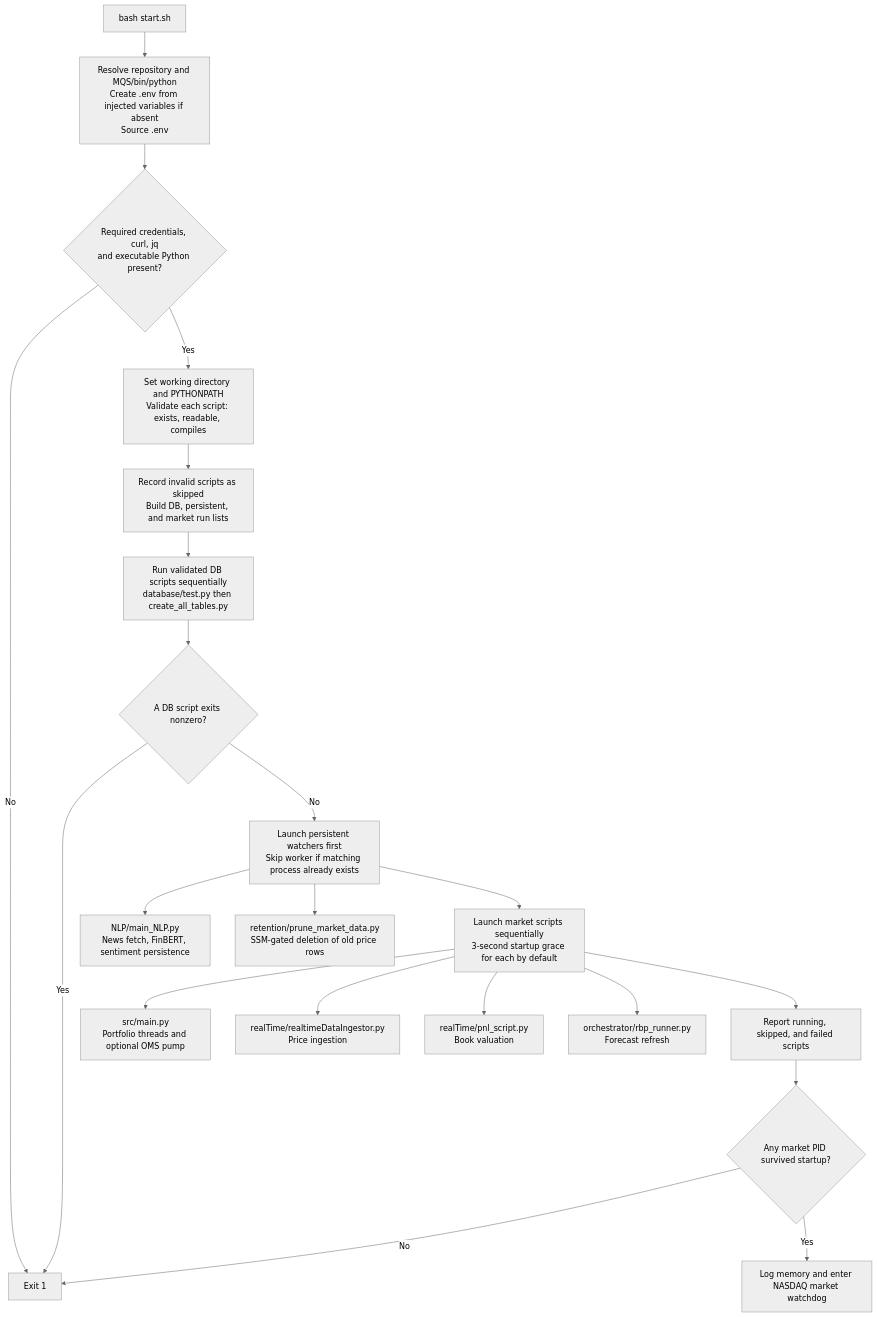
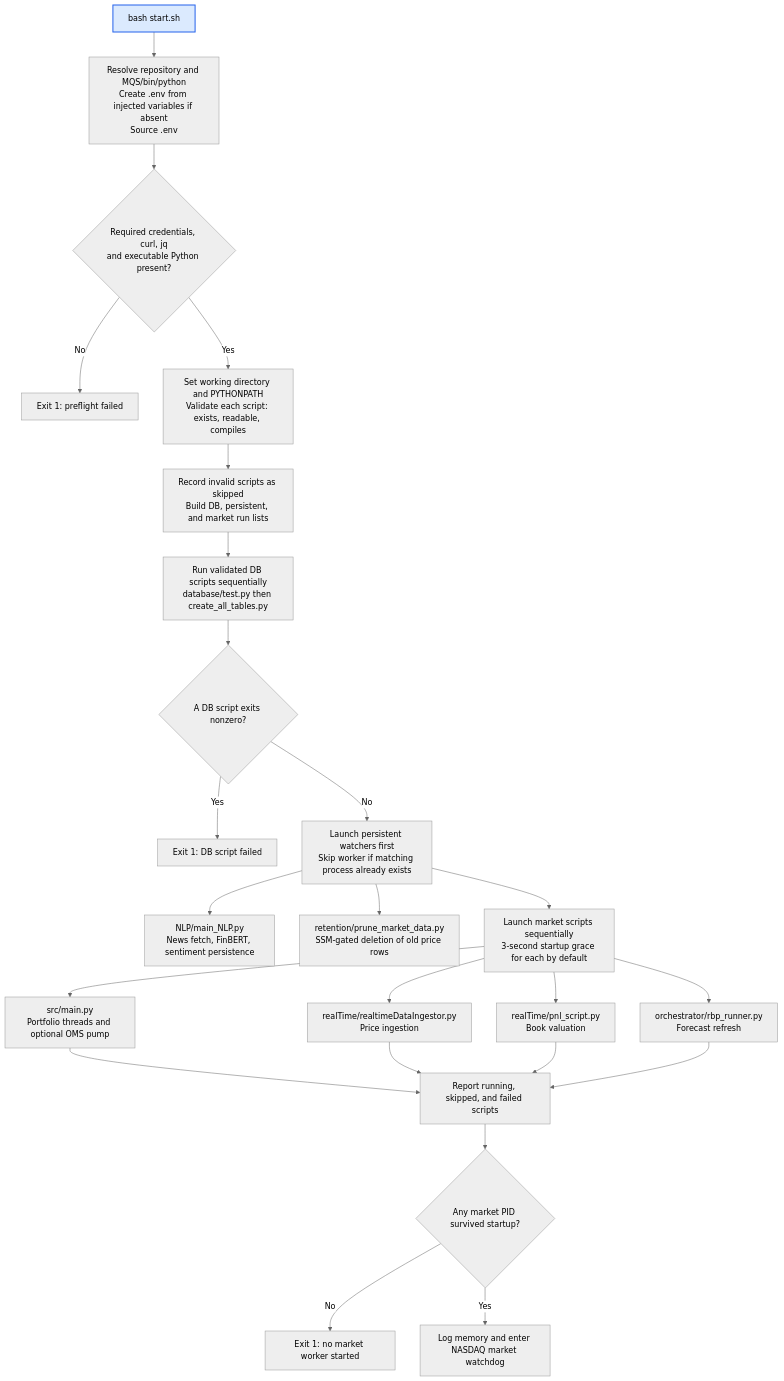
The first of 3 diagrams in docs/workflows/live_trading_workflow.md (MUNQuantSociety/MQSMaster), drawn with Mermaid (neutral theme) before and after one commit. The commit also changed other lines of this file and 12 other files, not shown here.

Commit message:
docs: make workflow diagrams top-down hierarchies

````diff
--- a/docs/workflows/live_trading_workflow.md
+++ b/docs/workflows/live_trading_workflow.md
@@ -9,23 +9,27 @@
 ```mermaid
 flowchart TD
     START["bash start.sh"] --> ENV["Resolve repository and MQS/bin/python<br/>Create .env from injected variables if absent<br/>Source .env"]
     ENV --> CHECK{"Required credentials, curl, jq<br/>and executable Python present?"}
-    CHECK -->|No| EXIT["Exit 1"]
+    CHECK -->|No| ENVFAIL["Exit 1: preflight failed"]
     CHECK -->|Yes| VALIDATE["Set working directory and PYTHONPATH<br/>Validate each script: exists, readable, compiles"]
     VALIDATE --> SKIP["Record invalid scripts as skipped<br/>Build DB, persistent, and market run lists"]
     SKIP --> DB["Run validated DB scripts sequentially<br/>database/test.py then create_all_tables.py"]
     DB --> DBOK{"A DB script exits nonzero?"}
-    DBOK -->|Yes| EXIT
+    DBOK -->|Yes| DBFAIL["Exit 1: DB script failed"]
     DBOK -->|No| PERSIST["Launch persistent watchers first<br/>Skip worker if matching process already exists"]
     PERSIST --> NLP["NLP/main_NLP.py<br/>News fetch, FinBERT, sentiment persistence"]
     PERSIST --> PRUNE["retention/prune_market_data.py<br/>SSM-gated deletion of old price rows"]
     PERSIST --> MARKET["Launch market scripts sequentially<br/>3-second startup grace for each by default"]
     MARKET --> BOT["src/main.py<br/>Portfolio threads and optional OMS pump"]
     MARKET --> ING["realTime/realtimeDataIngestor.py<br/>Price ingestion"]
     MARKET --> PNL["realTime/pnl_script.py<br/>Book valuation"]
     MARKET --> RBP["orchestrator/rbp_runner.py<br/>Forecast refresh"]
-    MARKET --> SUMMARY["Report running, skipped, and failed scripts"]
+    BOT --> SUMMARY["Report running, skipped, and failed scripts"]
+    ING --> SUMMARY
+    PNL --> SUMMARY
+    RBP --> SUMMARY
     SUMMARY --> ANY{"Any market PID survived startup?"}
-    ANY -->|No| EXIT
+    ANY -->|No| MARKETFAIL["Exit 1: no market worker started"]
     ANY -->|Yes| WATCH["Log memory and enter NASDAQ market watchdog"]
+    style START fill:#dbeafe,stroke:#2563eb,stroke-width:2px
 ```
````
